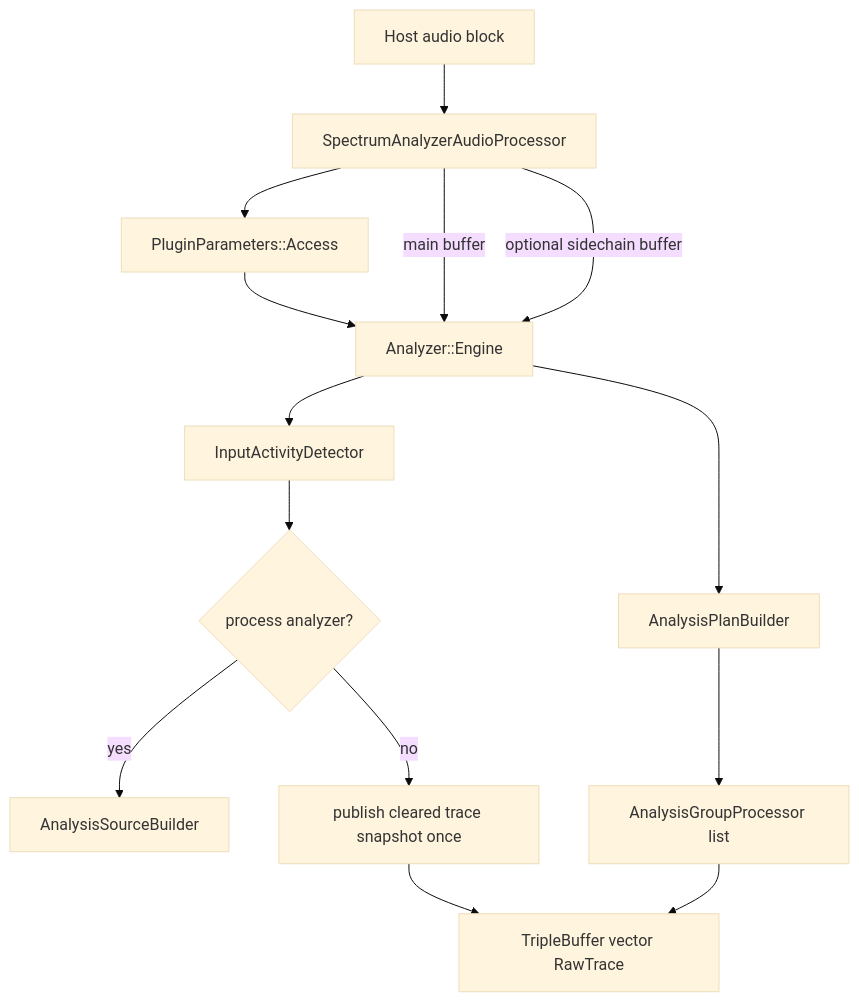
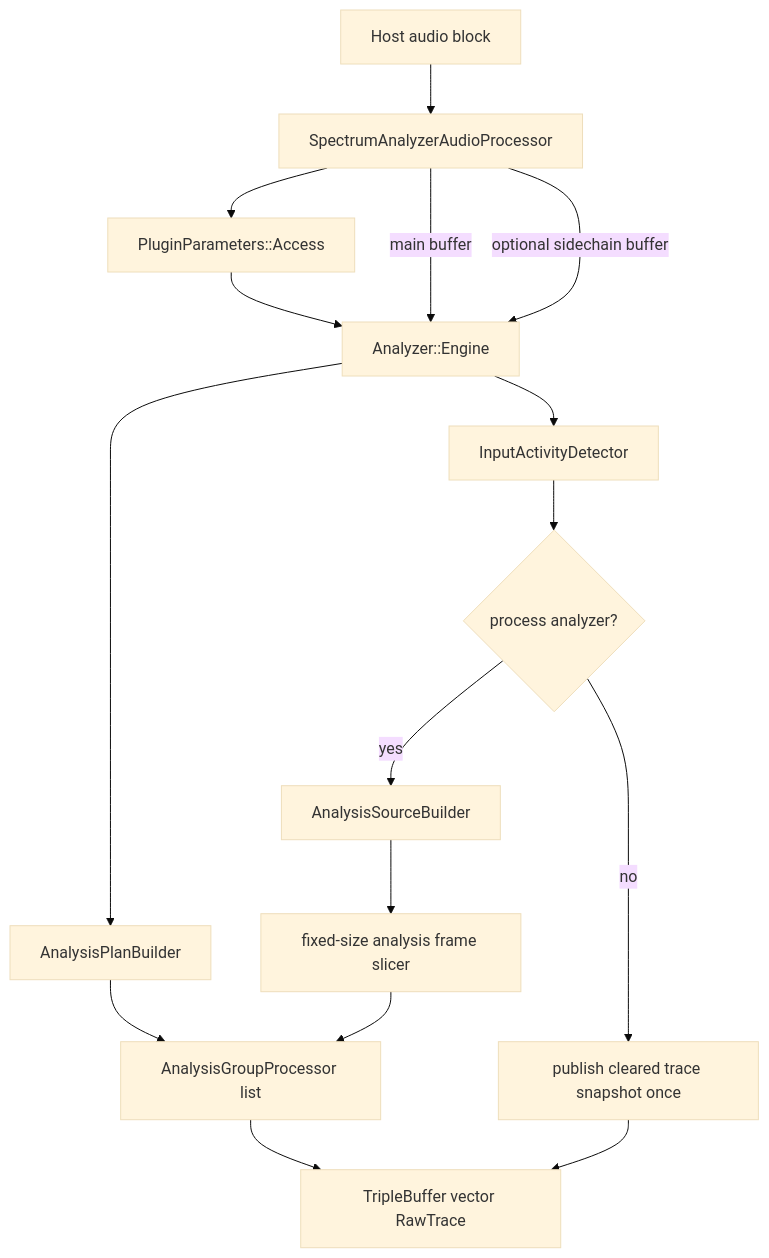
Before and after one commit to Silenterc/Band-Spectrum-Analyzer: the first of 8 diagrams in docs/audio-processing-architecture.md, drawn with Mermaid (base theme). The commit also changed other lines of this file and 8 other files, not shown here.

````diff
--- a/docs/audio-processing-architecture.md
+++ b/docs/audio-processing-architecture.md
@@ -7,16 +7,18 @@
 ```mermaid
 flowchart TD
     Host[Host audio block] --> Processor[SpectrumAnalyzerAudioProcessor]
     Processor --> Params[PluginParameters::Access]
     Params --> Engine[Analyzer::Engine]
     Processor -->|main buffer| Engine
     Processor -->|optional sidechain buffer| Engine
     Engine --> Activity[InputActivityDetector]
     Activity --> Gate{process analyzer?}
     Gate -->|yes| SourceBuilder[AnalysisSourceBuilder]
+    SourceBuilder --> Slice[fixed-size analysis frame slicer]
     Gate -->|no| Silence[publish cleared trace snapshot once]
     Engine --> PlanBuilder[AnalysisPlanBuilder]
     PlanBuilder --> Processors[AnalysisGroupProcessor list]
+    Slice --> Processors
     Processors --> Published[TripleBuffer vector RawTrace]
     Silence --> Published
 ```
````
